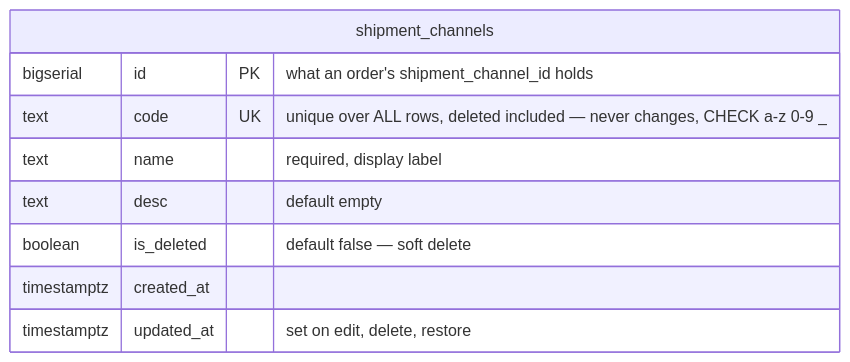
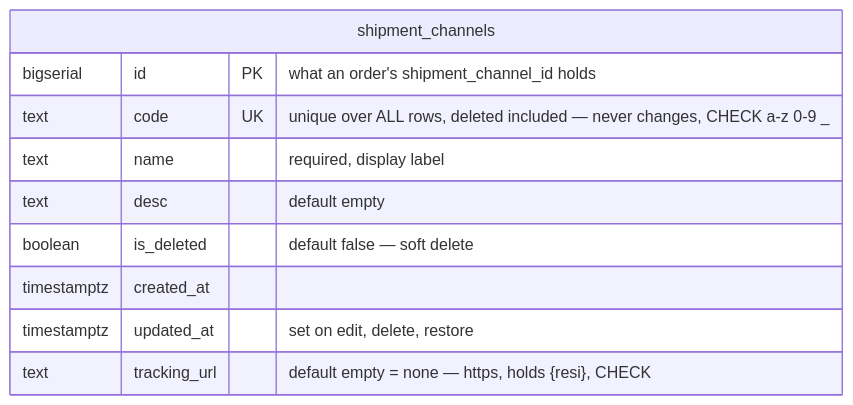
The third of 29 diagrams in docs/database-schema.md (pdcgo/warehouse_revamp), drawn with Mermaid before and after one commit. The commit also changed other lines of this file and 686 other files, not shown here.

````diff
--- a/docs/database-schema.md
+++ b/docs/database-schema.md
@@ -230,12 +230,13 @@
 ```mermaid
 erDiagram
     shipment_channels {
         bigserial   id         PK "what an order's shipment_channel_id holds"
         text        code       UK "unique over ALL rows, deleted included — never changes, CHECK a-z 0-9 _"
         text        name       "required, display label"
         text        desc       "default empty"
         boolean     is_deleted "default false — soft delete"
         timestamptz created_at
         timestamptz updated_at "set on edit, delete, restore"
+        text        tracking_url "default empty = none — https, holds {resi}, CHECK"
     }
 ```
````
